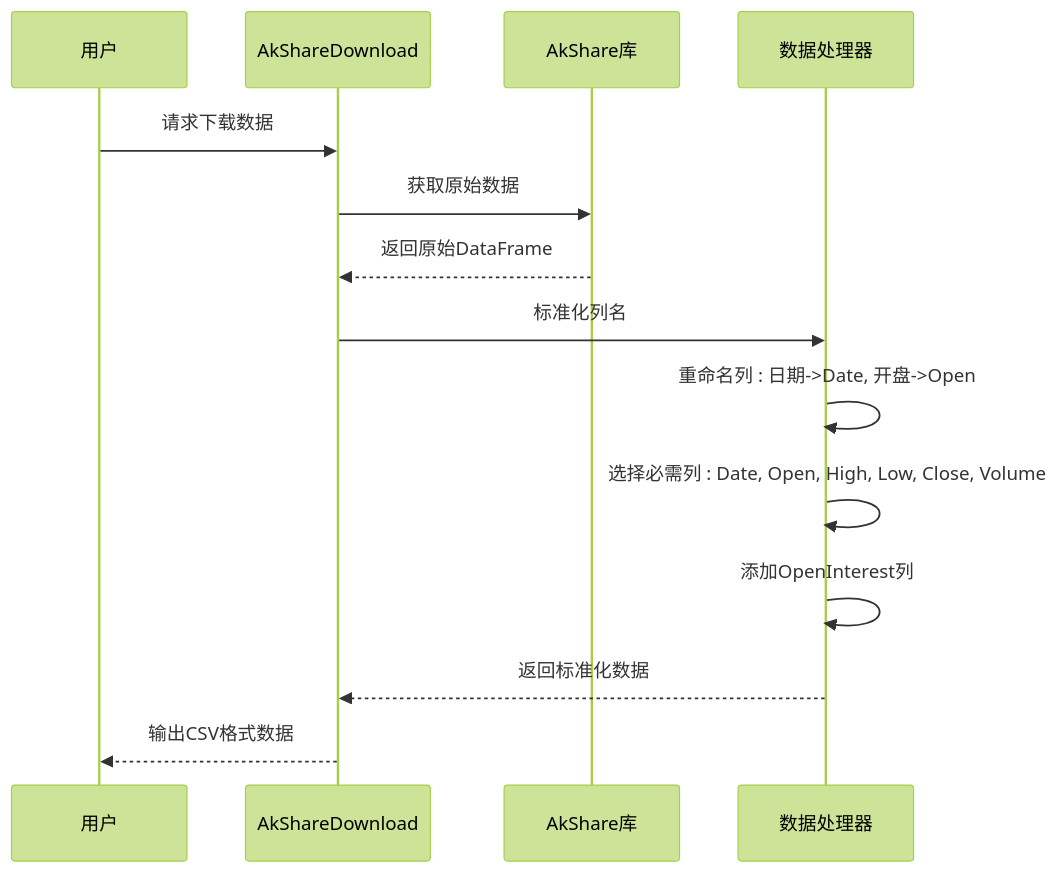
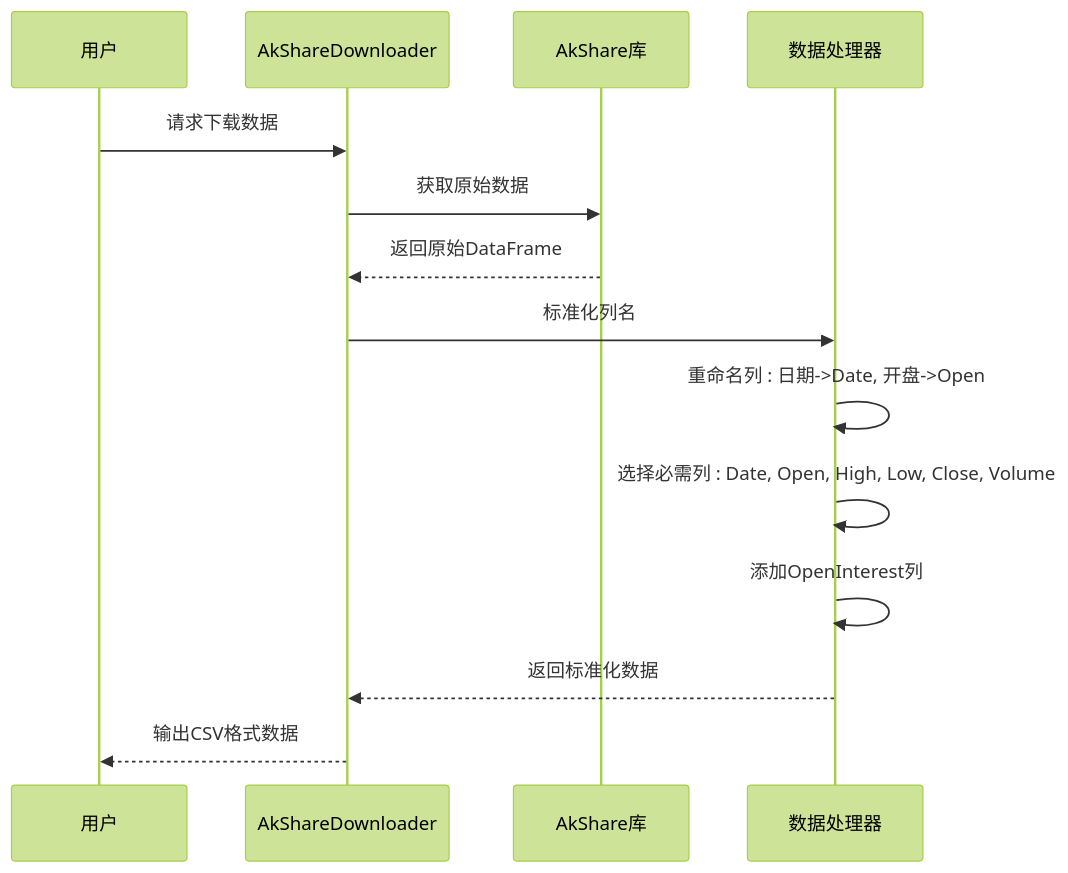
One commit to bench-prog/backtrader changed the fourth of 7 diagrams in .qoder/repowiki/zh/content/Download Tool.md. Above: the diagram before and after it, drawn with Mermaid (forest theme). The commit also changed other lines of this file and 23 other files, not shown here.

````diff
--- a/.qoder/repowiki/zh/content/Download Tool.md
+++ b/.qoder/repowiki/zh/content/Download Tool.md
@@ -212,16 +277,16 @@
 ```mermaid
 sequenceDiagram
 participant User as 用户
-participant Downloader as AkShareDownload
+participant Downloader as AkShareDownloader
 participant AkShare as AkShare库
 participant Processor as 数据处理器
 User->>Downloader : 请求下载数据
 Downloader->>AkShare : 获取原始数据
 AkShare-->>Downloader : 返回原始DataFrame
 Downloader->>Processor : 标准化列名
 Processor->>Processor : 重命名列 : 日期->Date, 开盘->Open
 Processor->>Processor : 选择必需列 : Date, Open, High, Low, Close, Volume
 Processor->>Processor : 添加OpenInterest列
 Processor-->>Downloader : 返回标准化数据
 Downloader-->>User : 输出CSV格式数据
 ```
````
